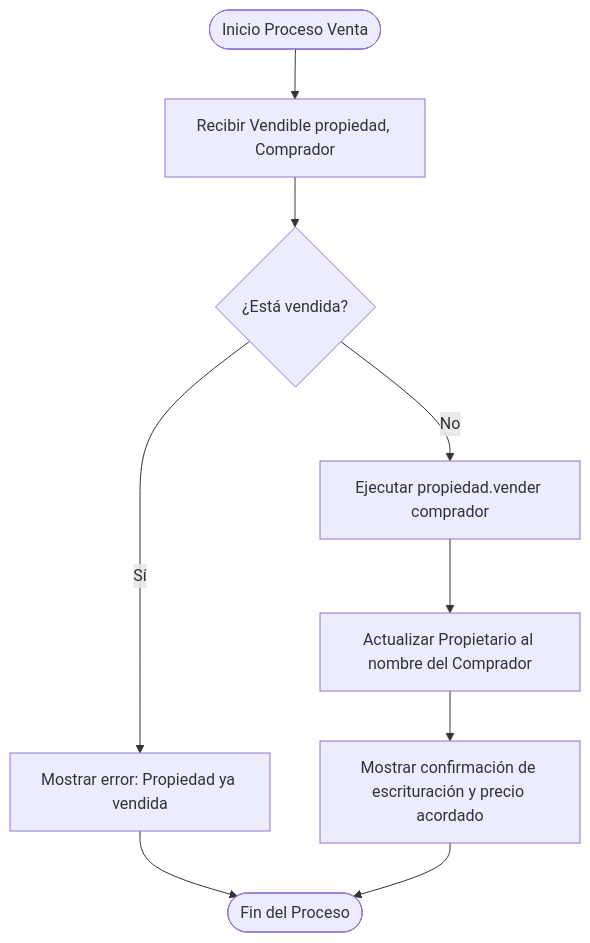
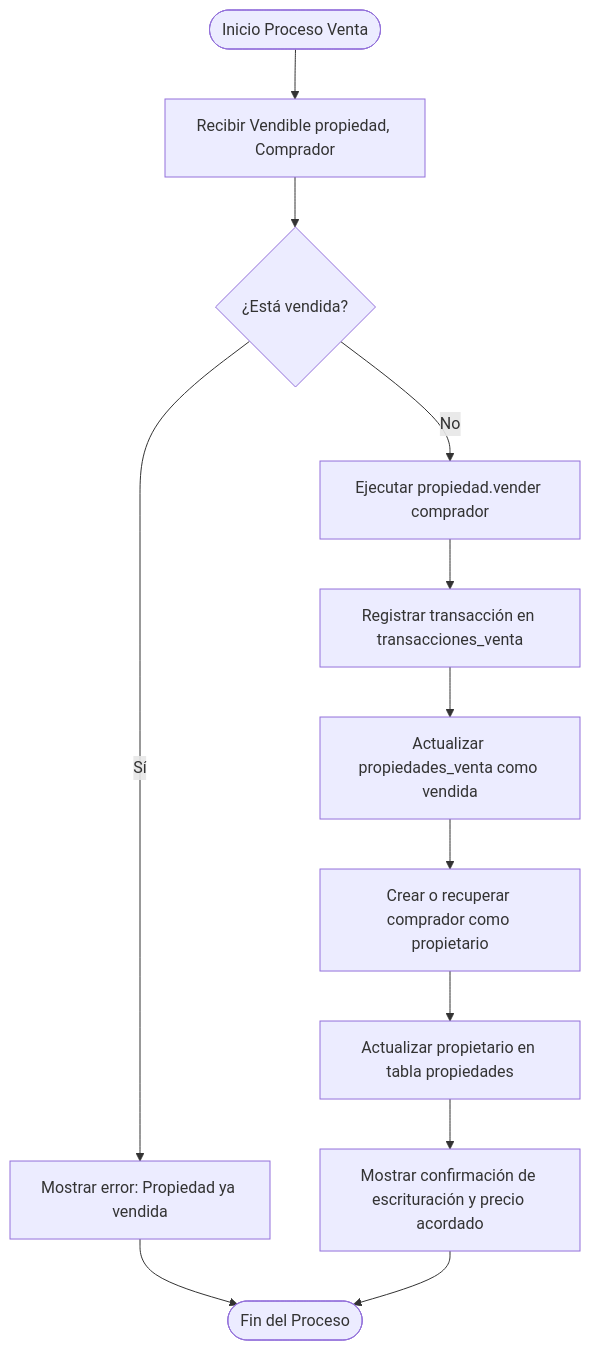
The fifth of 5 diagrams in src/main/java/org/example/informe_lsp.md (candelabp/tp3-progAvanzada), drawn with Mermaid before and after one commit. The commit also changed other lines of this file, not shown here.

````diff
--- a/src/main/java/org/example/informe_lsp.md
+++ b/src/main/java/org/example/informe_lsp.md
@@ -301,11 +358,14 @@
 ```mermaid
 flowchart TD
     A([Inicio Proceso Venta]) --> B[Recibir Vendible propiedad, Comprador]
     B --> C{¿Está vendida?}
     C -- Sí --> D[Mostrar error: Propiedad ya vendida]
     D --> Z([Fin del Proceso])
     C -- No --> E[Ejecutar propiedad.vender comprador]
-    E --> F[Actualizar Propietario al nombre del Comprador]
-    F --> G[Mostrar confirmación de escrituración y precio acordado]
-    G --> Z
+    E --> F[Registrar transacción en transacciones_venta]
+    F --> G[Actualizar propiedades_venta como vendida]
+    G --> H[Crear o recuperar comprador como propietario]
+    H --> I[Actualizar propietario en tabla propiedades]
+    I --> J[Mostrar confirmación de escrituración y precio acordado]
+    J --> Z
 ```
````
